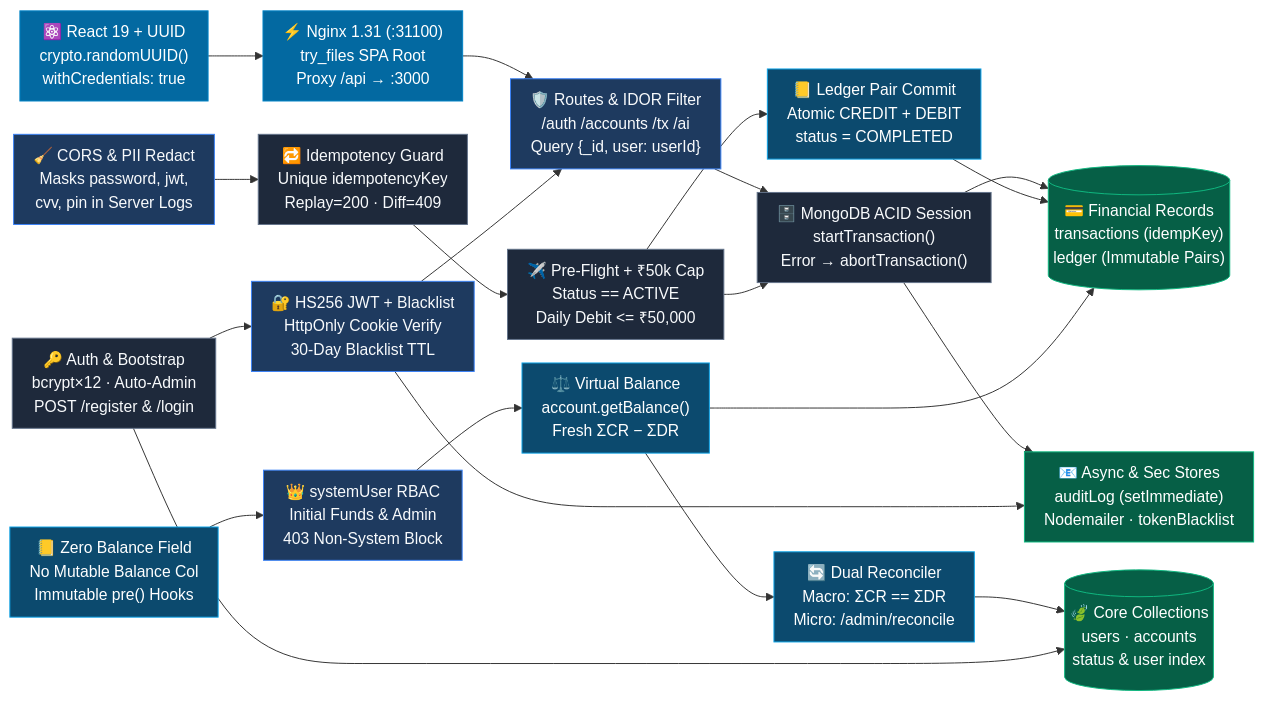
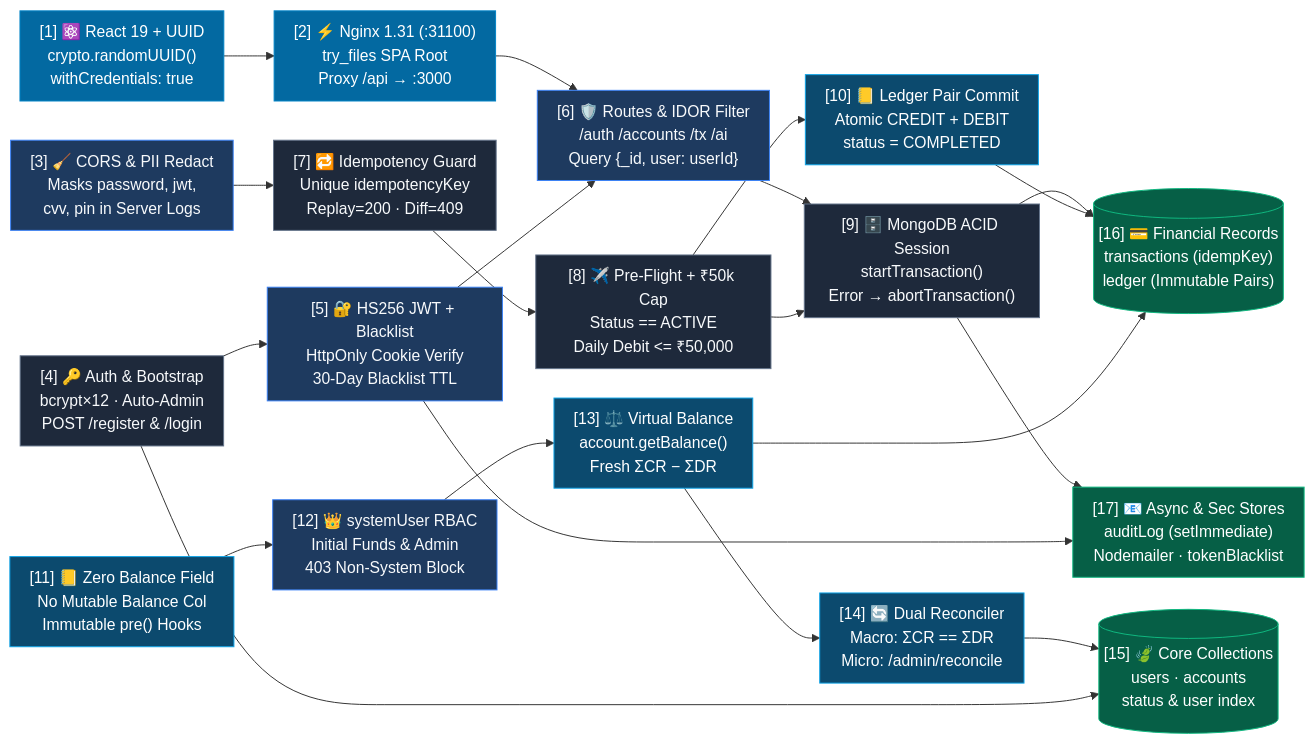
One commit to ARPITPRAJAPATI/Advance_bank_system changed the diagram in architecture_sheets/PRINT_BACKEND.md. Above: the diagram before and after it, drawn with Mermaid. The commit also changed 12 other files, not shown here.

Commit message:
docs: add architecture documentation sheets for KubePay system

````diff
--- a/architecture_sheets/PRINT_BACKEND.md
+++ b/architecture_sheets/PRINT_BACKEND.md
@@ -3,48 +3,48 @@
 ```mermaid
 %%{init: {'flowchart': {'nodeSpacing': 24, 'rankSpacing': 34, 'padding': 10}}}%%
 graph LR
 
-  R1["⚛️ React 19 + UUID<br/>crypto.randomUUID()<br/>withCredentials: true"]
-  A1["🔑 Auth & Bootstrap<br/>bcrypt×12 · Auto-Admin<br/>POST /register & /login"]
-  G1["🧹 CORS & PII Redact<br/>Masks password, jwt,<br/>cvv, pin in Server Logs"]
-  L1["📒 Zero Balance Field<br/>No Mutable Balance Col<br/>Immutable pre() Hooks"]
+  R1["[1] ⚛️ React 19 + UUID<br/>crypto.randomUUID()<br/>withCredentials: true"]
+  A1["[4] 🔑 Auth & Bootstrap<br/>bcrypt×12 · Auto-Admin<br/>POST /register & /login"]
+  G1["[3] 🧹 CORS & PII Redact<br/>Masks password, jwt,<br/>cvv, pin in Server Logs"]
+  L1["[11] 📒 Zero Balance Field<br/>No Mutable Balance Col<br/>Immutable pre() Hooks"]
 
-  R2["⚡ Nginx 1.31 (:31100)<br/>try_files SPA Root<br/>Proxy /api → :3000"]
-  A2["🔐 HS256 JWT + Blacklist<br/>HttpOnly Cookie Verify<br/>30-Day Blacklist TTL"]
-  G2["🔁 Idempotency Guard<br/>Unique idempotencyKey<br/>Replay=200 · Diff=409"]
-  L2["👑 systemUser RBAC<br/>Initial Funds & Admin<br/>403 Non-System Block"]
+  R2["[2] ⚡ Nginx 1.31 (:31100)<br/>try_files SPA Root<br/>Proxy /api → :3000"]
+  A2["[5] 🔐 HS256 JWT + Blacklist<br/>HttpOnly Cookie Verify<br/>30-Day Blacklist TTL"]
+  G2["[7] 🔁 Idempotency Guard<br/>Unique idempotencyKey<br/>Replay=200 · Diff=409"]
+  L2["[12] 👑 systemUser RBAC<br/>Initial Funds & Admin<br/>403 Non-System Block"]
 
-  R3["🛡️ Routes & IDOR Filter<br/>/auth /accounts /tx /ai<br/>Query {_id, user: userId}"]
-  P3["✈️ Pre-Flight + ₹50k Cap<br/>Status == ACTIVE<br/>Daily Debit <= ₹50,000"]
-  L3["⚖️ Virtual Balance<br/>account.getBalance()<br/>Fresh ΣCR − ΣDR"]
+  R3["[6] 🛡️ Routes & IDOR Filter<br/>/auth /accounts /tx /ai<br/>Query {_id, user: userId}"]
+  P3["[8] ✈️ Pre-Flight + ₹50k Cap<br/>Status == ACTIVE<br/>Daily Debit <= ₹50,000"]
+  L3["[13] ⚖️ Virtual Balance<br/>account.getBalance()<br/>Fresh ΣCR − ΣDR"]
 
-  E4["🗄️ MongoDB ACID Session<br/>startTransaction()<br/>Error → abortTransaction()"]
-  L4["📒 Ledger Pair Commit<br/>Atomic CREDIT + DEBIT<br/>status = COMPLETED"]
-  RC4["🔄 Dual Reconciler<br/>Macro: ΣCR == ΣDR<br/>Micro: /admin/reconcile"]
+  E4["[9] 🗄️ MongoDB ACID Session<br/>startTransaction()<br/>Error → abortTransaction()"]
+  L4["[10] 📒 Ledger Pair Commit<br/>Atomic CREDIT + DEBIT<br/>status = COMPLETED"]
+  RC4["[14] 🔄 Dual Reconciler<br/>Macro: ΣCR == ΣDR<br/>Micro: /admin/reconcile"]
 
-  DB1[("🍃 Core Collections<br/>users · accounts<br/>status & user index")]
-  DB2[("💳 Financial Records<br/>transactions (idempKey)<br/>ledger (Immutable Pairs)")]
-  DB3["📧 Async & Sec Stores<br/>auditLog (setImmediate)<br/>Nodemailer · tokenBlacklist"]
+  DB1[("[15] 🍃 Core Collections<br/>users · accounts<br/>status & user index")]
+  DB2[("[16] 💳 Financial Records<br/>transactions (idempKey)<br/>ledger (Immutable Pairs)")]
+  DB3["[17] 📧 Async & Sec Stores<br/>auditLog (setImmediate)<br/>Nodemailer · tokenBlacklist"]
 
   R1 --> R2 --> R3 --> E4 --> DB2
   A1 --> A2 --> R3
   G1 --> G2 --> P3 --> L4 --> DB2
   L1 --> L2 --> L3 --> RC4 --> DB1
   L3 --> DB2
   P3 --> E4
   E4 --> DB3
   A2 --> DB3
   A1 --> DB1
 
   classDef edge fill:#0369a1,stroke:#0284c7,color:#fff
   classDef sec fill:#1e3a5f,stroke:#3b82f6,color:#f8fafc
   classDef tx fill:#1e293b,stroke:#64748b,color:#f8fafc
   classDef ledger fill:#0c4a6e,stroke:#0ea5e9,color:#fff
   classDef db fill:#065f46,stroke:#10b981,color:#fff
 
   class R1,R2 edge
   class G1,A2,R3,L2 sec
   class A1,G2,P3,E4 tx
   class L1,L3,L4,RC4 ledger
   class DB1,DB2,DB3 db
 ```
````
